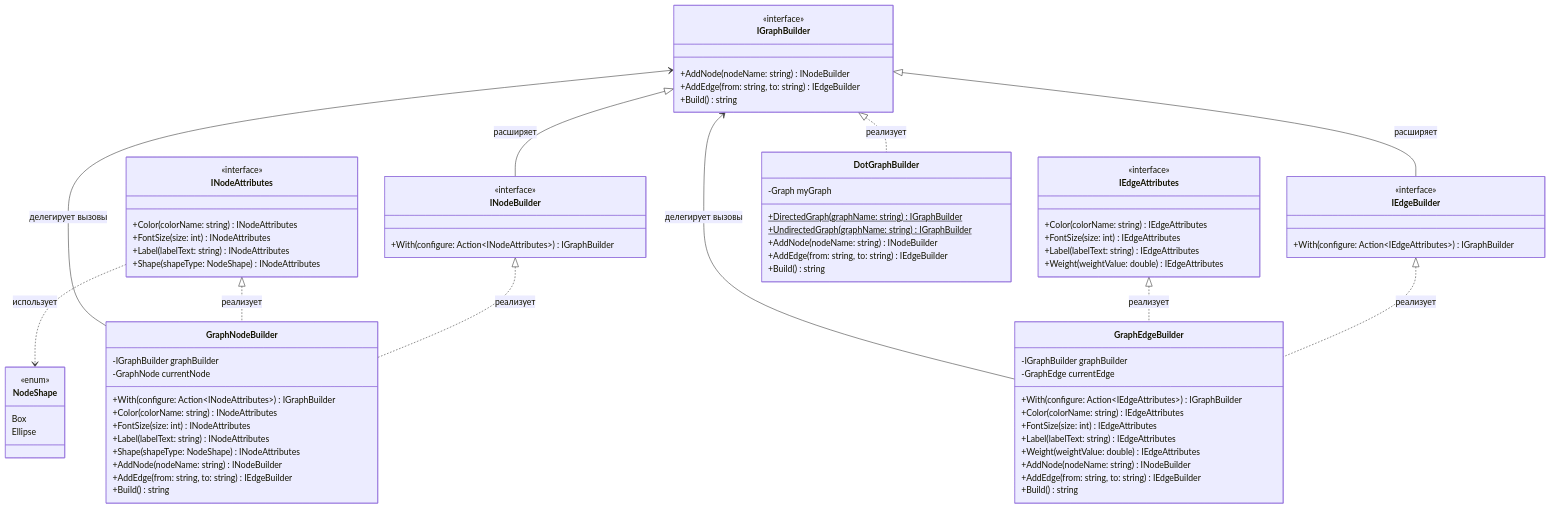
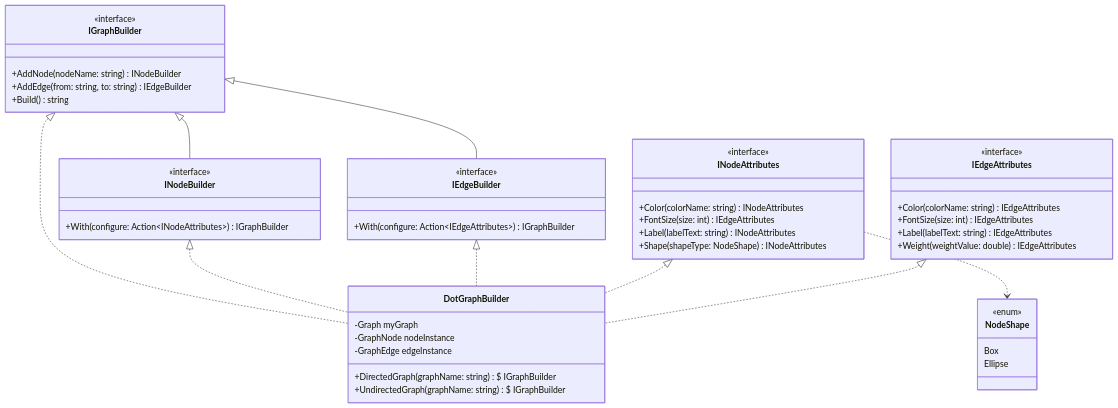
The diagram in graph_viz.md (Du2Vi-lab/Ulearn-Tasks), drawn with Mermaid before and after one commit.

Commit message:
graph_viz.md

````diff
--- a/graph_viz.md
+++ b/graph_viz.md
@@ -9,5 +9,4 @@
 ```mermaid
-
 classDiagram
     class IGraphBuilder {
         <<interface>>
@@ -26,13 +25,10 @@
         +With(configure: Action~IEdgeAttributes~) IGraphBuilder
     }
 
-    IGraphBuilder <|-- INodeBuilder : расширяет
-    IGraphBuilder <|-- IEdgeBuilder : расширяет
-
     class INodeAttributes {
         <<interface>>
         +Color(colorName: string) INodeAttributes
-        +FontSize(size: int) INodeAttributes
+        +FontSize(size: int) IEdgeAttributes
         +Label(labelText: string) INodeAttributes
         +Shape(shapeType: NodeShape) INodeAttributes
     }
@@ -50,48 +46,23 @@
         Box
         Ellipse
     }
-    INodeAttributes ..> NodeShape : использует
 
     class DotGraphBuilder {
         -Graph myGraph
-        +DirectedGraph(graphName: string)$ IGraphBuilder
-        +UndirectedGraph(graphName: string)$ IGraphBuilder
-        +AddNode(nodeName: string) INodeBuilder
-        +AddEdge(from: string, to: string) IEdgeBuilder
-        +Build() string
+        -GraphNode nodeInstance
+        -GraphEdge edgeInstance
+        +DirectedGraph(graphName: string)\$ IGraphBuilder
+        +UndirectedGraph(graphName: string)\$ IGraphBuilder
     }
-    IGraphBuilder <|.. DotGraphBuilder : реализует
 
-    class GraphNodeBuilder {
-        -IGraphBuilder graphBuilder
-        -GraphNode currentNode
-        +With(configure: Action~INodeAttributes~) IGraphBuilder
-        +Color(colorName: string) INodeAttributes
-        +FontSize(size: int) INodeAttributes
-        +Label(labelText: string) INodeAttributes
-        +Shape(shapeType: NodeShape) INodeAttributes
-        +AddNode(nodeName: string) INodeBuilder
-        +AddEdge(from: string, to: string) IEdgeBuilder
-        +Build() string
-    }
-    INodeBuilder <|.. GraphNodeBuilder : реализует
-    INodeAttributes <|.. GraphNodeBuilder : реализует
-    GraphNodeBuilder --> IGraphBuilder : делегирует вызовы
+    IGraphBuilder <|-- INodeBuilder
+    IGraphBuilder <|-- IEdgeBuilder
 
-    class GraphEdgeBuilder {
-        -IGraphBuilder graphBuilder
-        -GraphEdge currentEdge
-        +With(configure: Action~IEdgeAttributes~) IGraphBuilder
-        +Color(colorName: string) IEdgeAttributes
-        +FontSize(size: int) IEdgeAttributes
-        +Label(labelText: string) IEdgeAttributes
-        +Weight(weightValue: double) IEdgeAttributes
-        +AddNode(nodeName: string) INodeBuilder
-        +AddEdge(from: string, to: string) IEdgeBuilder
-        +Build() string
-    }
-    IEdgeBuilder <|.. GraphEdgeBuilder : реализует
-    IEdgeAttributes <|.. GraphEdgeBuilder : реализует
-    GraphEdgeBuilder --> IGraphBuilder : делегирует вызовы
-    
+    IGraphBuilder <|.. DotGraphBuilder
+    INodeBuilder <|.. DotGraphBuilder
+    IEdgeBuilder <|.. DotGraphBuilder
+    INodeAttributes <|.. DotGraphBuilder
+    IEdgeAttributes <|.. DotGraphBuilder
+
+    INodeAttributes ..> NodeShape
 ```
````
